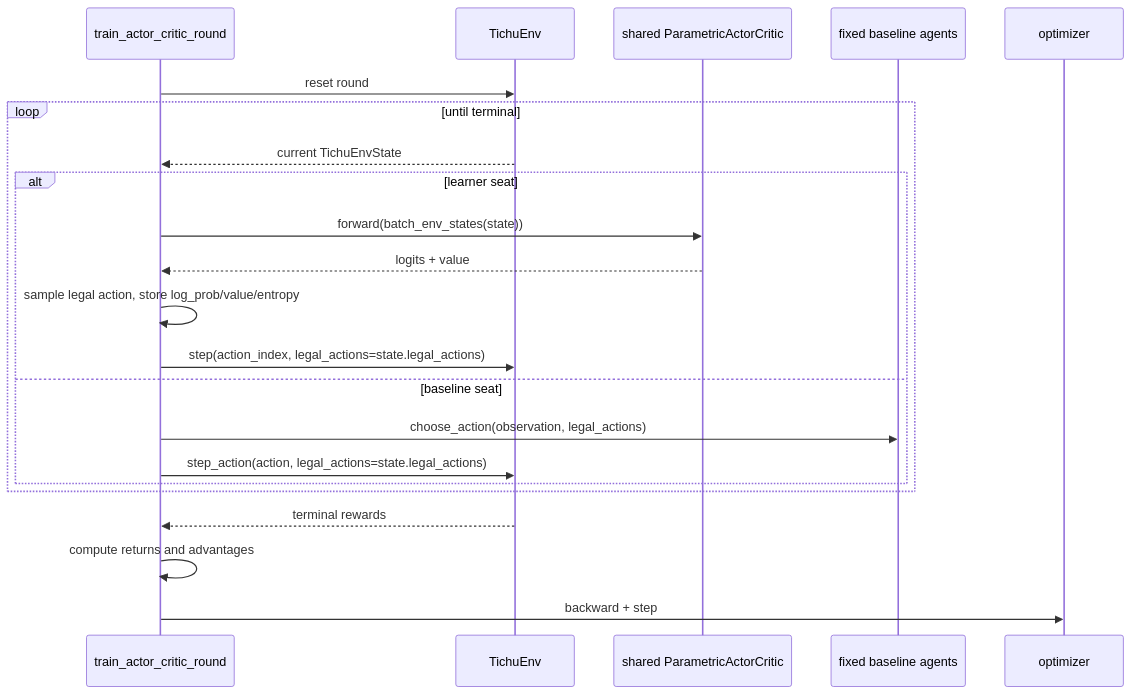
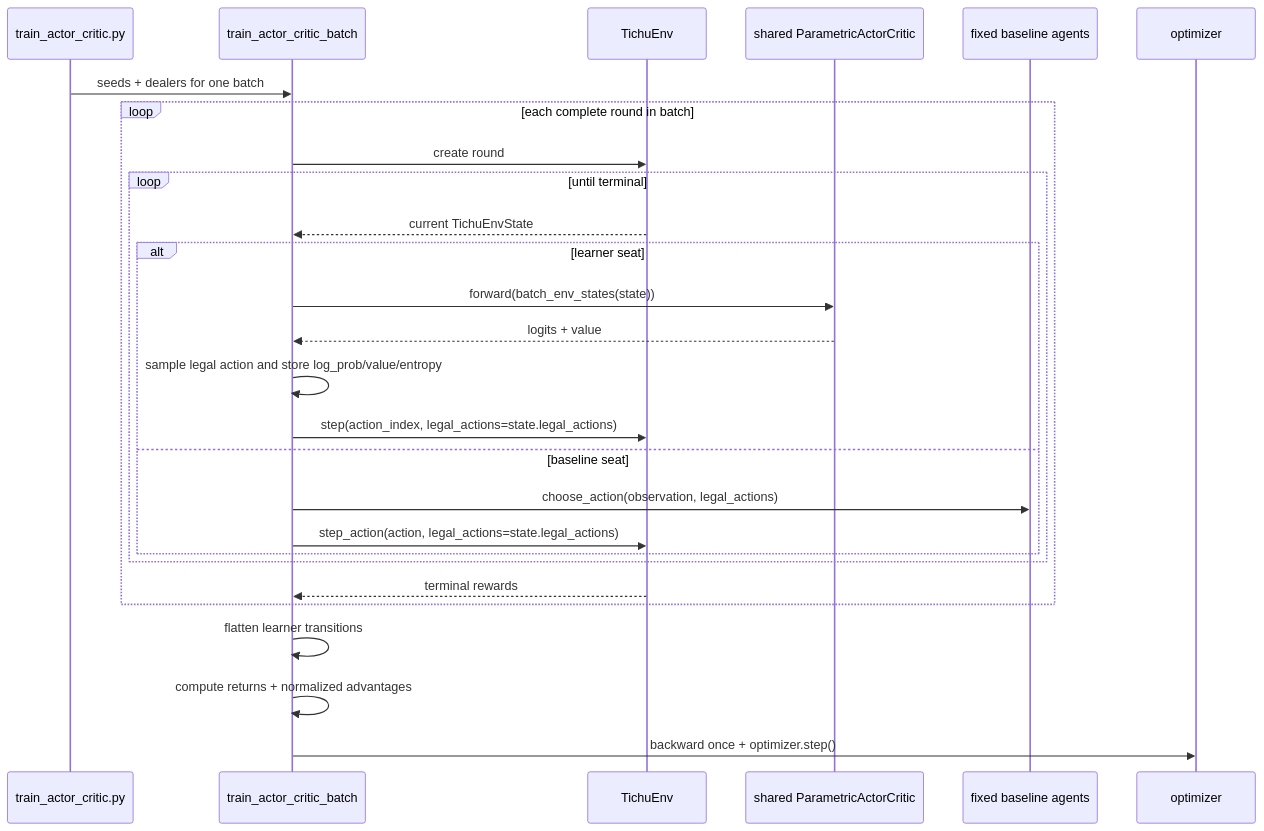
The sixth of 7 diagrams in docs/ml_architecture.md (wemaxon/tichu-agent), drawn with Mermaid before and after one commit. The commit also changed other lines of this file, not shown here.

````diff
--- a/docs/ml_architecture.md
+++ b/docs/ml_architecture.md
@@ -342,25 +342,30 @@
 ```mermaid
 sequenceDiagram
-    participant Trainer as train_actor_critic_round
+    participant CLI as train_actor_critic.py
+    participant Trainer as train_actor_critic_batch
     participant Env as TichuEnv
     participant Model as shared ParametricActorCritic
     participant Baseline as fixed baseline agents
     participant Optim as optimizer
 
-    Trainer->>Env: reset round
-    loop until terminal
-        Env-->>Trainer: current TichuEnvState
-        alt learner seat
-            Trainer->>Model: forward(batch_env_states(state))
-            Model-->>Trainer: logits + value
-            Trainer->>Trainer: sample legal action, store log_prob/value/entropy
-            Trainer->>Env: step(action_index, legal_actions=state.legal_actions)
-        else baseline seat
-            Trainer->>Baseline: choose_action(observation, legal_actions)
-            Trainer->>Env: step_action(action, legal_actions=state.legal_actions)
+    CLI->>Trainer: seeds + dealers for one batch
+    loop each complete round in batch
+        Trainer->>Env: create round
+        loop until terminal
+            Env-->>Trainer: current TichuEnvState
+            alt learner seat
+                Trainer->>Model: forward(batch_env_states(state))
+                Model-->>Trainer: logits + value
+                Trainer->>Trainer: sample legal action and store log_prob/value/entropy
+                Trainer->>Env: step(action_index, legal_actions=state.legal_actions)
+            else baseline seat
+                Trainer->>Baseline: choose_action(observation, legal_actions)
+                Trainer->>Env: step_action(action, legal_actions=state.legal_actions)
+            end
         end
+        Env-->>Trainer: terminal rewards
     end
-    Env-->>Trainer: terminal rewards
-    Trainer->>Trainer: compute returns and advantages
-    Trainer->>Optim: backward + step
+    Trainer->>Trainer: flatten learner transitions
+    Trainer->>Trainer: compute returns + normalized advantages
+    Trainer->>Optim: backward once + optimizer.step()
 ```
````
